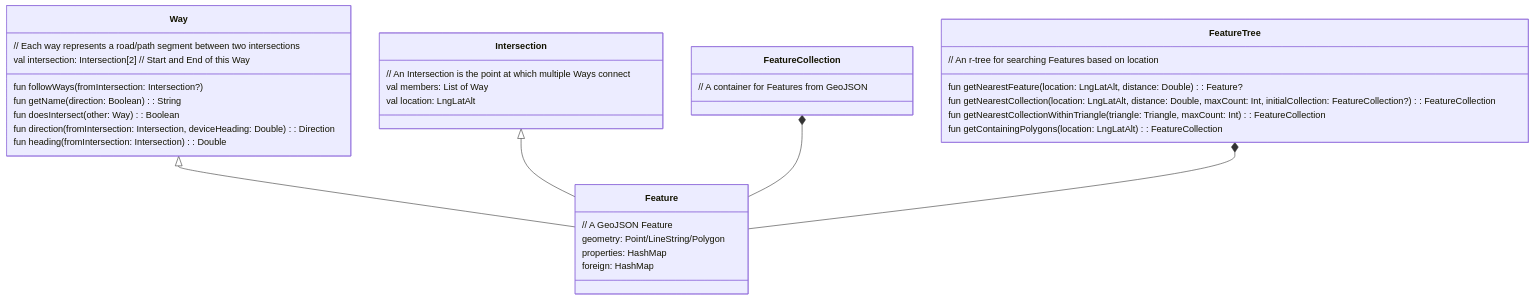
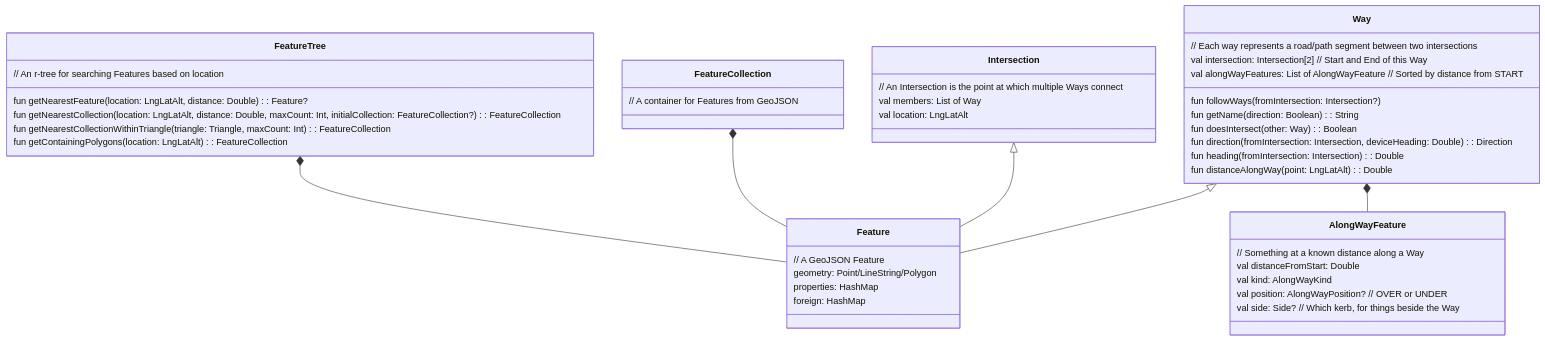
Before and after one commit to Scottish-Tech-Army/Soundscape-Android: the first of 2 diagrams in docs/developers/geoengine.md, drawn with Mermaid. The commit also changed other lines of this file and 2 other files, not shown here.

First line of the commit message:
Document rail matching, travel mode and the along-way features

````diff
--- a/docs/developers/geoengine.md
+++ b/docs/developers/geoengine.md
@@ -11,41 +11,51 @@
 ```mermaid
 classDiagram
     class Feature{
         // A GeoJSON Feature
         geometry: Point/LineString/Polygon
         properties: HashMap
         foreign: HashMap
     }
     class FeatureCollection{
         // A container for Features from GeoJSON
     }
     class Way {
         // Each way represents a road/path segment between two intersections
         val intersection: Intersection[2] // Start and End of this Way
+        val alongWayFeatures: List of AlongWayFeature // Sorted by distance from START
         fun followWays(fromIntersection: Intersection?)
         fun getName(direction: Boolean): String
         fun doesIntersect(other: Way): Boolean
         fun direction(fromIntersection: Intersection, deviceHeading: Double) : Direction
         fun heading(fromIntersection: Intersection): Double
+        fun distanceAlongWay(point: LngLatAlt): Double
     }
     class Intersection {
         // An Intersection is the point at which multiple Ways connect
         val members: List of Way
         val location: LngLatAlt
 
     }
+    class AlongWayFeature{
+        // Something at a known distance along a Way
+        val distanceFromStart: Double
+        val kind: AlongWayKind
+        val position: AlongWayPosition? // OVER or UNDER
+        val side: Side?                 // Which kerb, for things beside the Way
+    }
     Way <|-- Feature
     Intersection <|-- Feature
     FeatureCollection *-- Feature
+    Way *-- AlongWayFeature
 
     class FeatureTree{
         // An r-tree for searching Features based on location
         fun getNearestFeature(location: LngLatAlt, distance: Double): Feature?
         fun getNearestCollection(location: LngLatAlt, distance: Double, maxCount: Int, initialCollection: FeatureCollection?): FeatureCollection
         fun getNearestCollectionWithinTriangle(triangle: Triangle, maxCount: Int): FeatureCollection
         fun getContainingPolygons(location: LngLatAlt) : FeatureCollection
 
 
     }
     FeatureTree *-- Feature
 ```
````
